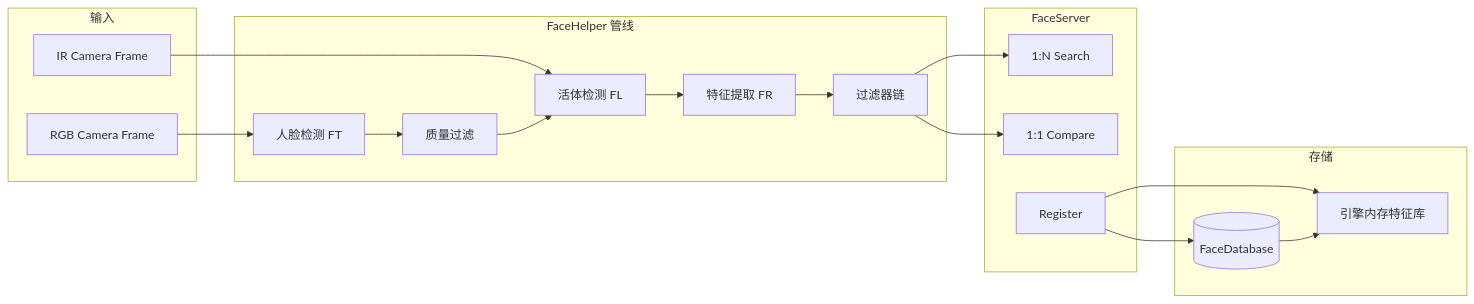
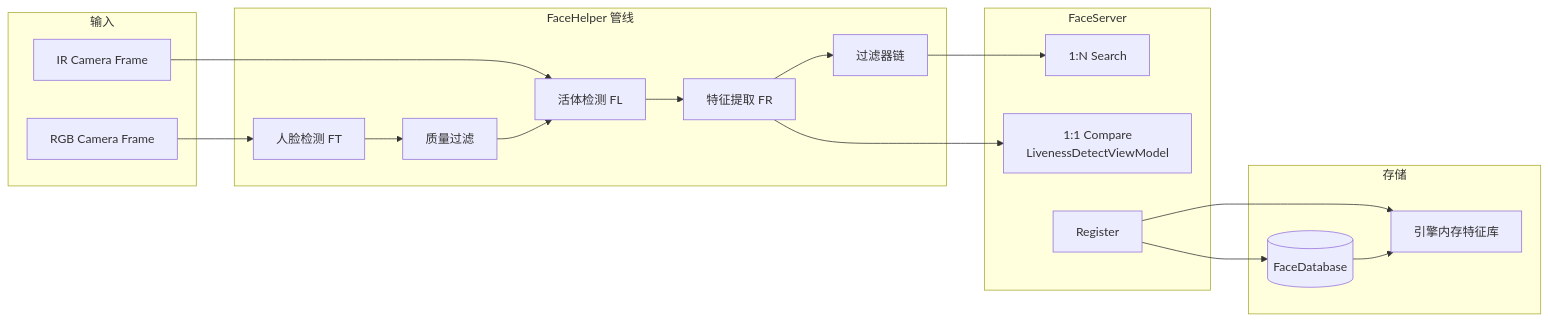
The fifth of 8 diagrams in refactor/04-data-flow-and-interactions.md (aniu7532/airport-face), drawn with Mermaid before and after one commit. The commit also changed other lines of this file and 7 other files, not shown here.

````diff
--- a/refactor/04-data-flow-and-interactions.md
+++ b/refactor/04-data-flow-and-interactions.md
@@ -137,35 +141,35 @@
 ```mermaid
 flowchart LR
     subgraph input["输入"]
         RGB[RGB Camera Frame]
         IR[IR Camera Frame]
     end
 
     subgraph pipeline["FaceHelper 管线"]
         Detect[人脸检测 FT]
         Quality[质量过滤]
         Live[活体检测 FL]
         Feature[特征提取 FR]
         Filter[过滤器链]
     end
 
     subgraph engine["FaceServer"]
         Search1N[1:N Search]
-        Search11[1:1 Compare]
+        Search11[1:1 Compare<br/>LivenessDetectViewModel]
         Register[Register]
     end
 
     subgraph storage["存储"]
         FaceDB[(FaceDatabase)]
         EngineMem[引擎内存特征库]
     end
 
     RGB --> Detect
     IR --> Live
     Detect --> Quality --> Live --> Feature --> Filter
     Filter --> Search1N
-    Filter --> Search11
+    Feature --> Search11
     Register --> FaceDB
     Register --> EngineMem
     FaceDB --> EngineMem
 ```
````
